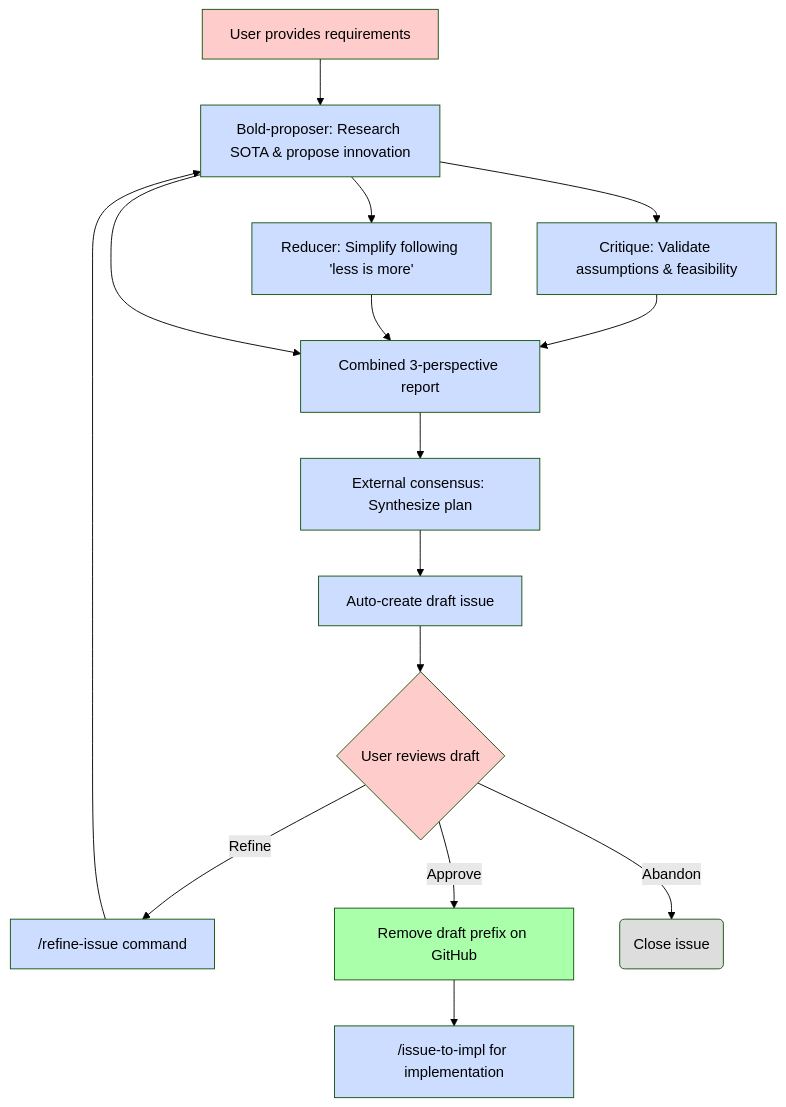
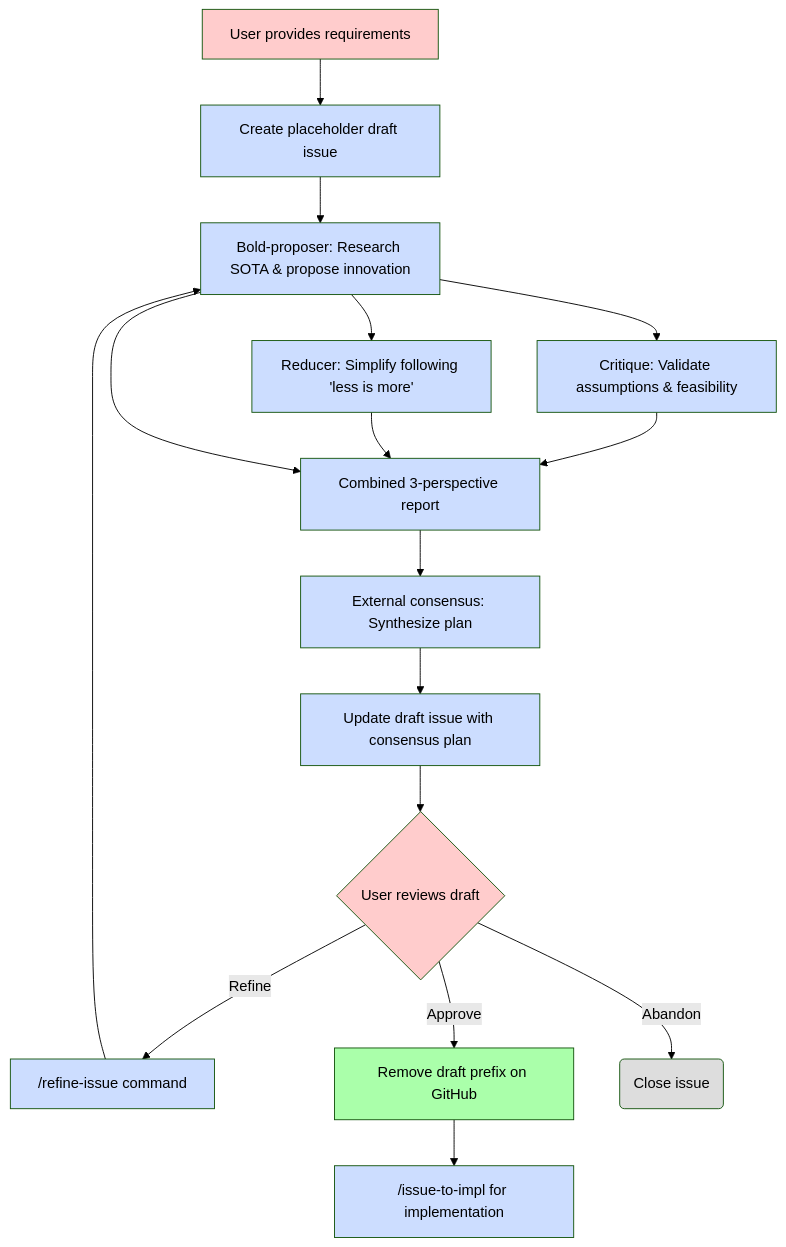
One commit to Synthesys-Lab/agentize changed the diagram in docs/workflows/ultra-planner.md. Above: the diagram before and after it, drawn with Mermaid (forest theme). The commit also changed other lines of this file and 4 other files, not shown here.

````diff
--- a/docs/workflows/ultra-planner.md
+++ b/docs/workflows/ultra-planner.md
@@ -11,30 +11,32 @@
 ```mermaid
 graph TD
-    A[User provides requirements] --> B
-    B[Bold-proposer: Research SOTA & propose innovation] --> C
-    B --> D
-    C[Critique: Validate assumptions & feasibility] --> E
-    D[Reducer: Simplify following 'less is more'] --> E
-    B --> E
-    E[Combined 3-perspective report] --> F
-    F[External consensus: Synthesize plan] --> G
-    G[Auto-create draft issue] --> H{User reviews draft}
-    H -->|Refine| I["/refine-issue command"]
-    I --> B
-    H -->|Approve| J["Remove draft prefix on GitHub"]
-    J --> K["/issue-to-impl for implementation"]
-    H -->|Abandon| Z(Close issue)
+    A[User provides requirements] --> B[Create placeholder draft issue]
+    B --> C[Bold-proposer: Research SOTA & propose innovation]
+    C --> D
+    C --> E
+    D[Critique: Validate assumptions & feasibility] --> F
+    E[Reducer: Simplify following 'less is more'] --> F
+    C --> F
+    F[Combined 3-perspective report] --> G
+    G[External consensus: Synthesize plan] --> H[Update draft issue with consensus plan]
+    H --> I{User reviews draft}
+    I -->|Refine| J["/refine-issue command"]
+    J --> C
+    I -->|Approve| K["Remove draft prefix on GitHub"]
+    K --> L["/issue-to-impl for implementation"]
+    I -->|Abandon| Z(Close issue)
 
     style A fill:#ffcccc
-    style H fill:#ffcccc
+    style I fill:#ffcccc
     style B fill:#ccddff
     style C fill:#ccddff
     style D fill:#ccddff
     style E fill:#ccddff
     style F fill:#ccddff
     style G fill:#ccddff
-    style I fill:#ccddff
-    style J fill:#aaffaa
-    style K fill:#ccddff
+    style H fill:#ccddff
+    style J fill:#ccddff
+    style K fill:#aaffaa
+    style L fill:#ccddff
     style Z fill:#dddddd
 ```
````
